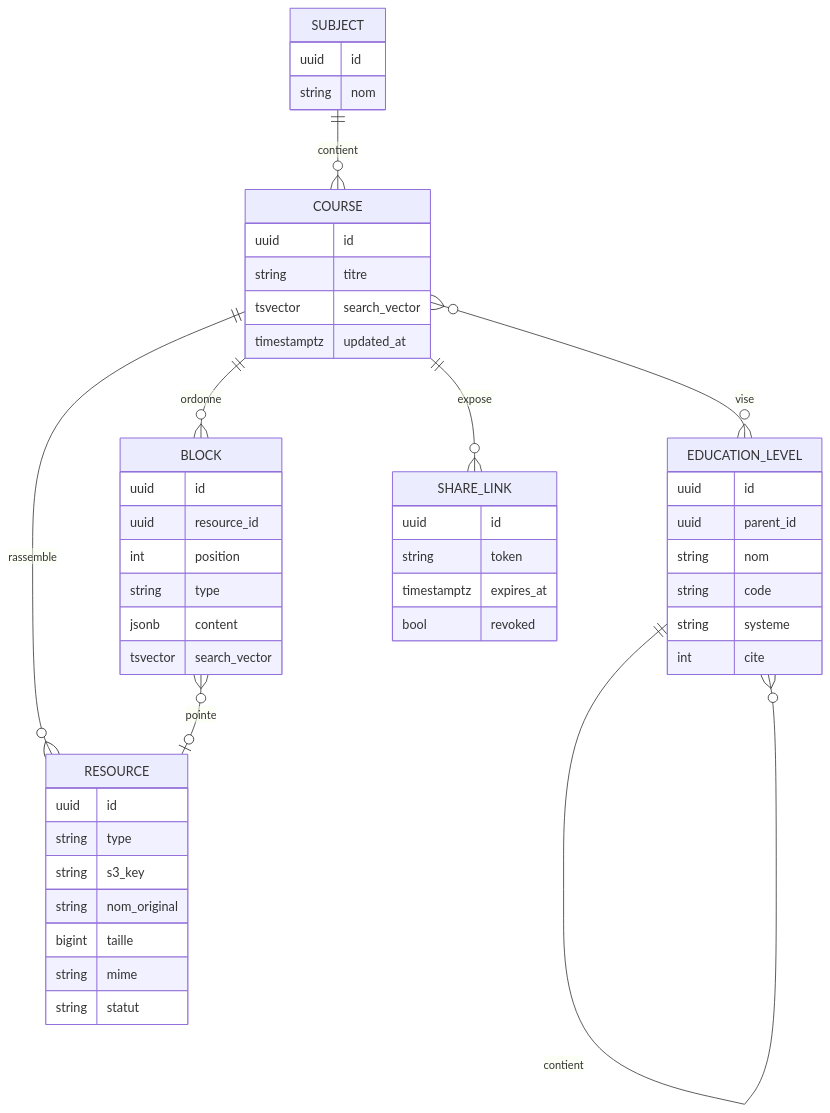
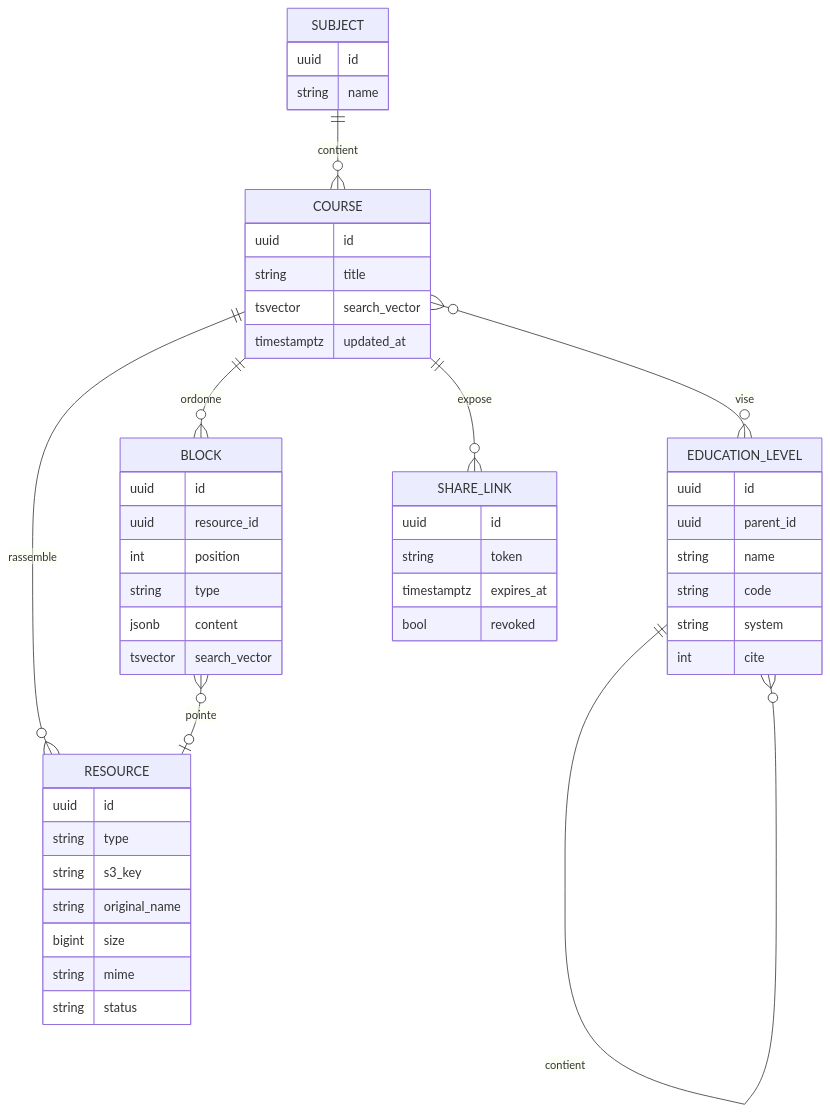
The second of 2 diagrams in Descriptions.md (flobatard/OpenCartableFront), drawn with Mermaid before and after one commit. The commit also changed other lines of this file and 195 other files, not shown here.

````diff
--- a/Descriptions.md
+++ b/Descriptions.md
@@ -162,52 +162,52 @@
 ```mermaid
 erDiagram
     SUBJECT ||--o{ COURSE : contient
     EDUCATION_LEVEL ||--o{ EDUCATION_LEVEL : contient
     COURSE  }o--o{ EDUCATION_LEVEL : vise
     COURSE  ||--o{ BLOCK : ordonne
     COURSE  ||--o{ RESOURCE : rassemble
     BLOCK   }o--o| RESOURCE : pointe
     COURSE  ||--o{ SHARE_LINK : expose
 
     SUBJECT {
       uuid id
-      string nom
+      string name
     }
     EDUCATION_LEVEL {
       uuid id
       uuid parent_id
-      string nom
+      string name
       string code
-      string systeme
+      string system
       int cite
     }
     COURSE {
       uuid id
-      string titre
+      string title
       tsvector search_vector
       timestamptz updated_at
     }
     BLOCK {
       uuid id
       uuid resource_id
       int position
       string type
       jsonb content
       tsvector search_vector
     }
     RESOURCE {
       uuid id
       string type
       string s3_key
-      string nom_original
-      bigint taille
+      string original_name
+      bigint size
       string mime
-      string statut
+      string status
     }
     SHARE_LINK {
       uuid id
       string token
       timestamptz expires_at
       bool revoked
     }
 ```
````
